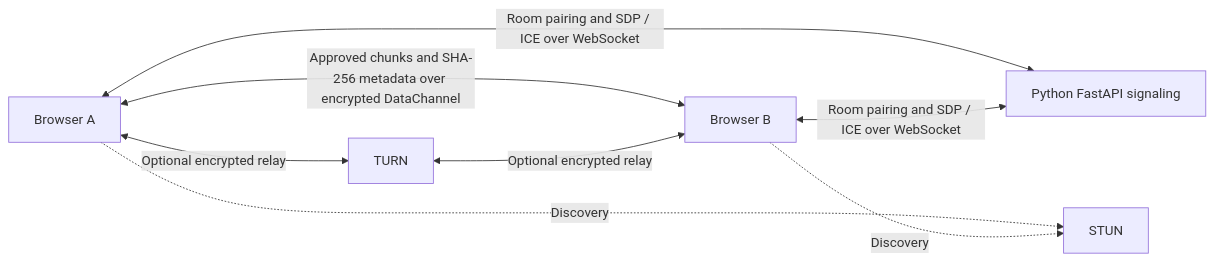
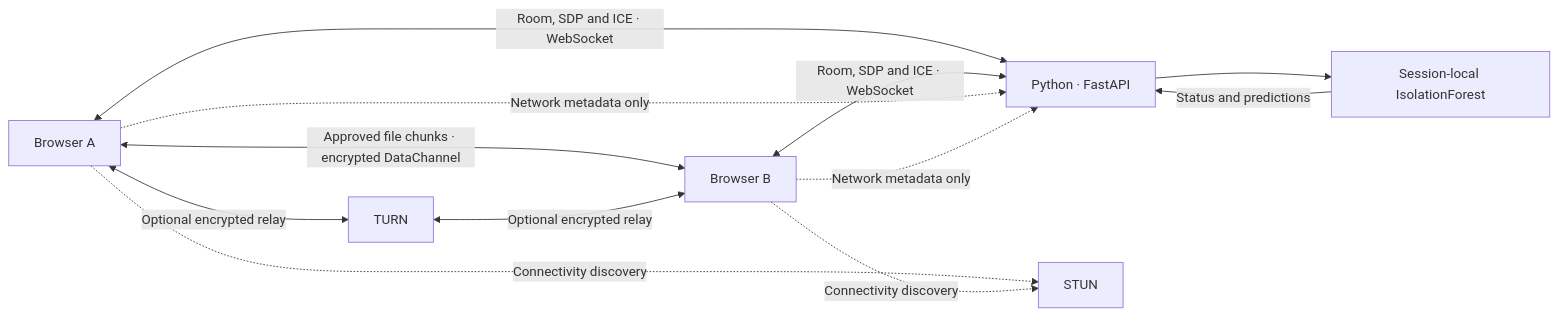
Before and after one commit to kasim672/LanFlux: the diagram in README.md, drawn with Mermaid. The commit also changed other lines of this file and 44 other files, not shown here.

````diff
--- a/README.md
+++ b/README.md
@@ -56,10 +53,14 @@
 ```mermaid
 flowchart LR
-    A[Browser A] <-->|Room pairing and SDP / ICE over WebSocket| S[Python FastAPI signaling]
-    B[Browser B] <-->|Room pairing and SDP / ICE over WebSocket| S
-    A <-->|Approved chunks and SHA-256 metadata over encrypted DataChannel| B
-    A -.->|Discovery| STUN[STUN]
-    B -.->|Discovery| STUN
+    A[Browser A] <-->|Room, SDP and ICE · WebSocket| S[Python · FastAPI]
+    B[Browser B] <-->|Room, SDP and ICE · WebSocket| S
+    A <-->|Approved file chunks · encrypted DataChannel| B
+    A -.->|Network metadata only| S
+    B -.->|Network metadata only| S
+    S --> ML[Session-local IsolationForest]
+    ML -->|Status and predictions| S
+    A -.->|Connectivity discovery| STUN[STUN]
+    B -.->|Connectivity discovery| STUN
     A <-->|Optional encrypted relay| TURN[TURN]
     TURN <-->|Optional encrypted relay| B
 ```
````
